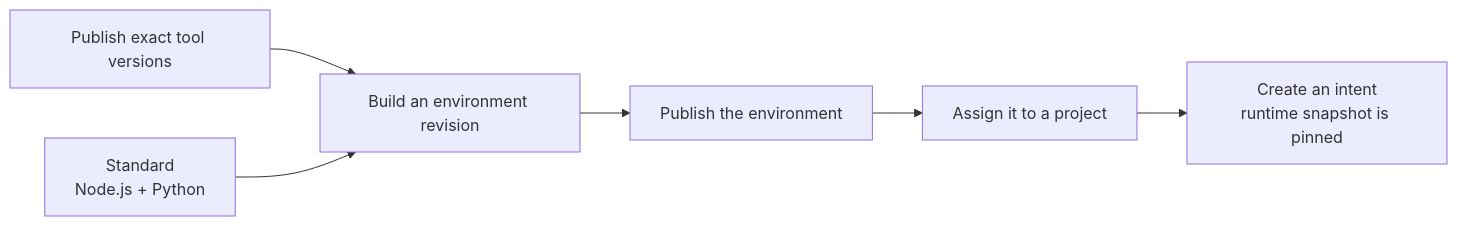
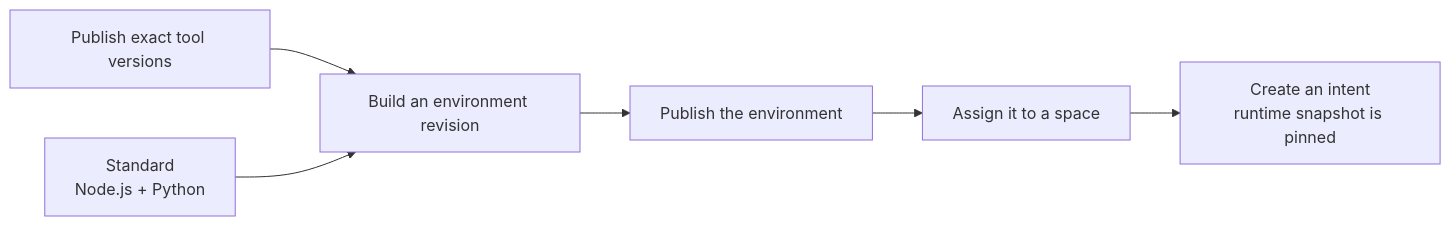
Before and after one commit to aws-samples/sample-collaborative-ai-dlc: the diagram in docs/using-the-platform/managed-environments.md, drawn with Mermaid. The commit also changed other lines of this file and 25 other files, not shown here.

````diff
--- a/docs/using-the-platform/managed-environments.md
+++ b/docs/using-the-platform/managed-environments.md
@@ -34,8 +34,8 @@
 ```mermaid
 flowchart LR
     T["Publish exact tool versions"] --> E["Build an environment revision"]
     S["Standard<br/>Node.js + Python"] --> E
     E --> P["Publish the environment"]
-    P --> A["Assign it to a project"]
+    P --> A["Assign it to a space"]
     A --> I["Create an intent<br/>runtime snapshot is pinned"]
 ```
````
